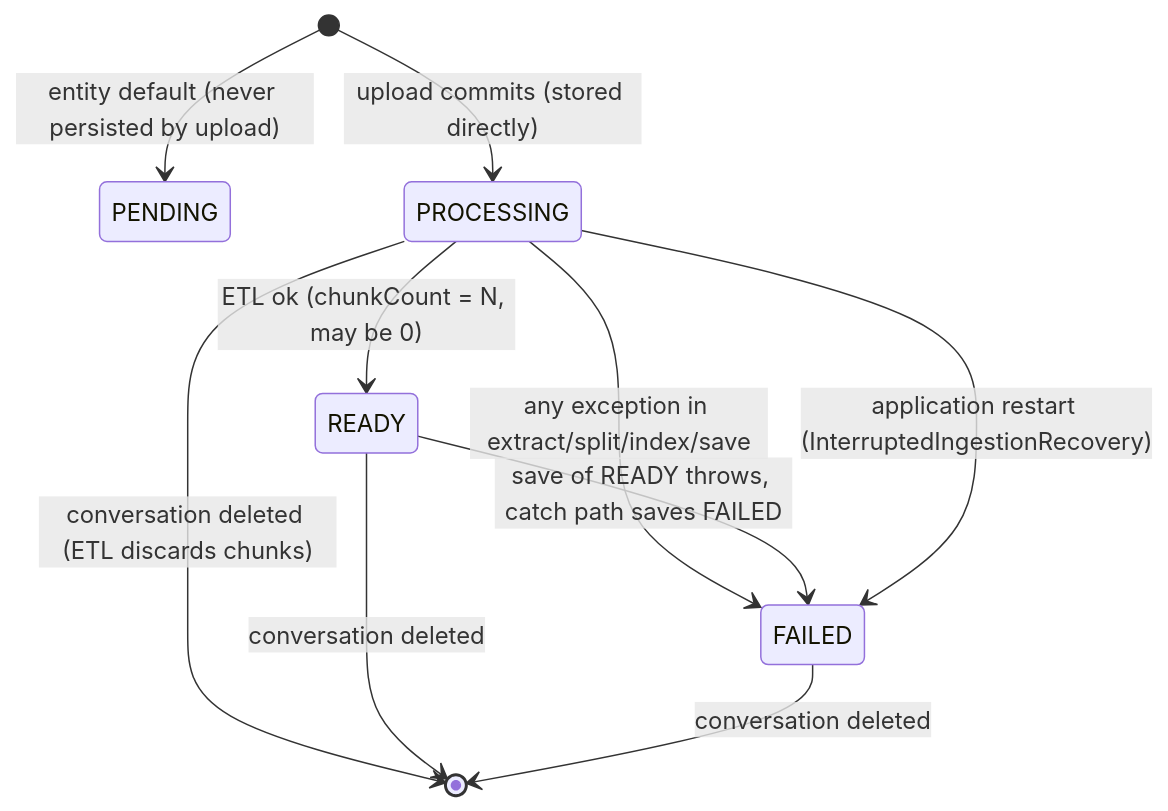
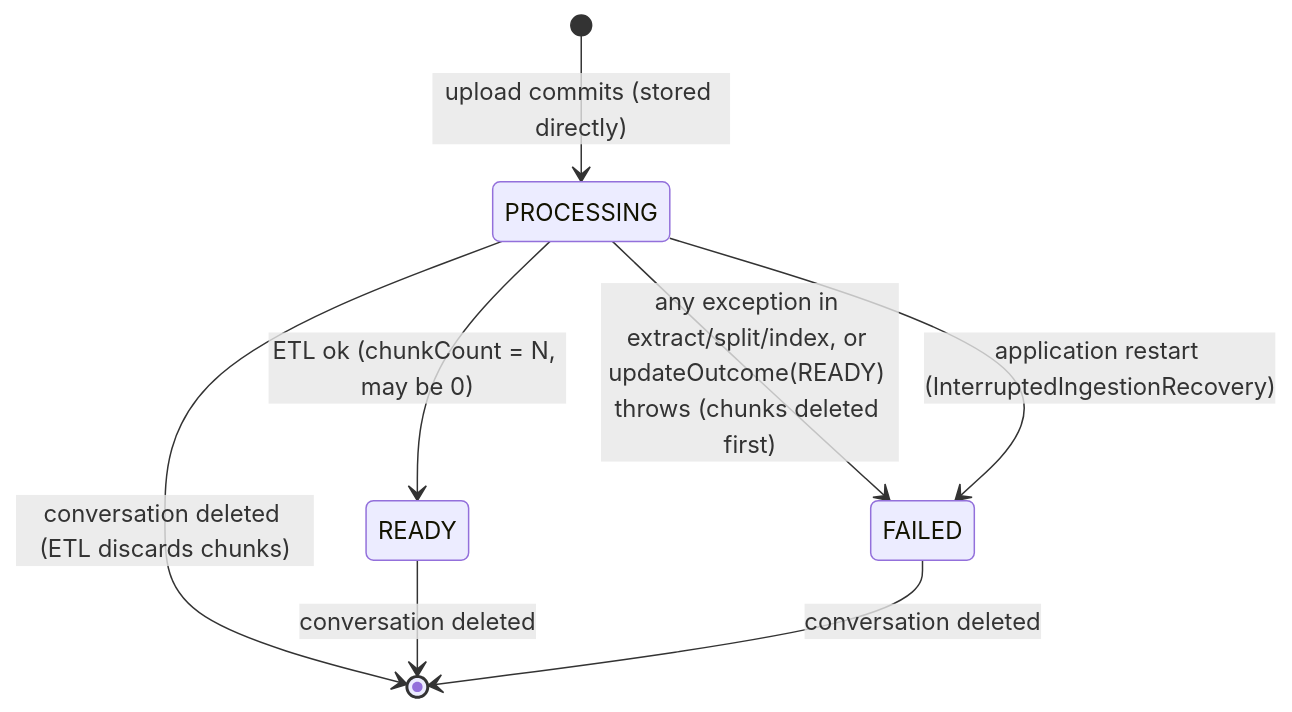
One commit to gitApurv/LocalMind changed the diagram in docs/backend/features/attachment.md. Above: the diagram before and after it, drawn with Mermaid. The commit also changed other lines of this file and 15 other files, not shown here.

````diff
--- a/docs/backend/features/attachment.md
+++ b/docs/backend/features/attachment.md
@@ -112,12 +117,10 @@
 ```mermaid
 stateDiagram-v2
-    [*] --> PENDING: entity default (never persisted by upload)
     [*] --> PROCESSING: upload commits (stored directly)
     PROCESSING --> READY: ETL ok (chunkCount = N, may be 0)
-    PROCESSING --> FAILED: any exception in extract/split/index/save
-    READY --> FAILED: save of READY throws, catch path saves FAILED
+    PROCESSING --> FAILED: any exception in extract/split/index, or updateOutcome(READY) throws (chunks deleted first)
     PROCESSING --> FAILED: application restart (InterruptedIngestionRecovery)
     PROCESSING --> [*]: conversation deleted (ETL discards chunks)
     READY --> [*]: conversation deleted
     FAILED --> [*]: conversation deleted
 ```
````
